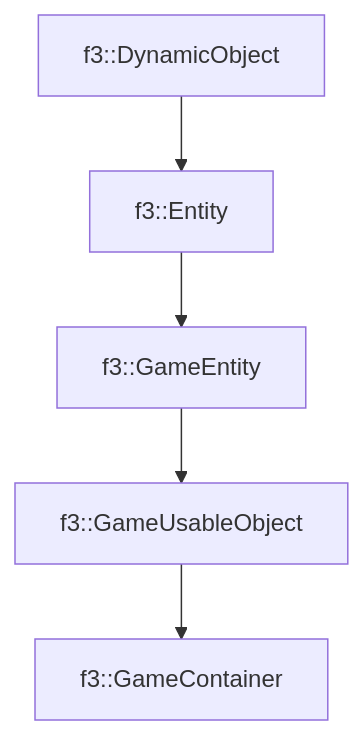
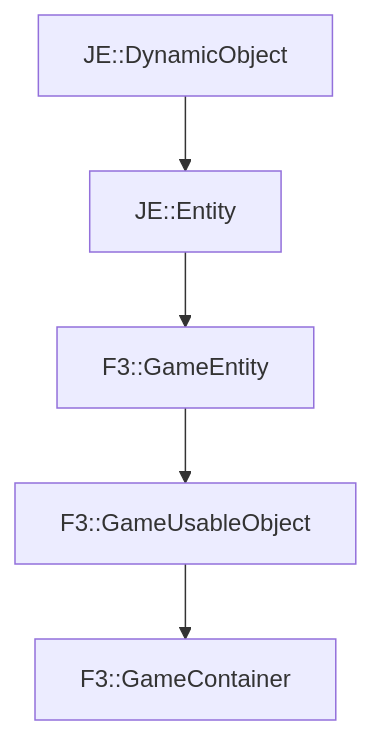
One commit to OpenJE/openvb changed the diagram in docs/f3/GameContainer.md. Above: the diagram before and after it, drawn with Mermaid. The commit also changed other lines of this file and 1399 other files, not shown here.

````diff
--- a/docs/f3/GameContainer.md
+++ b/docs/f3/GameContainer.md
@@ -19,7 +19,7 @@
 ```mermaid
 graph TD;
-    f3::DynamicObject --> f3::Entity
-    f3::Entity --> f3::GameEntity
-    f3::GameEntity --> f3::GameUsableObject
-    f3::GameUsableObject --> f3::GameContainer
+    JE::DynamicObject --> JE::Entity
+    JE::Entity --> F3::GameEntity
+    F3::GameEntity --> F3::GameUsableObject
+    F3::GameUsableObject --> F3::GameContainer
 ```
````
